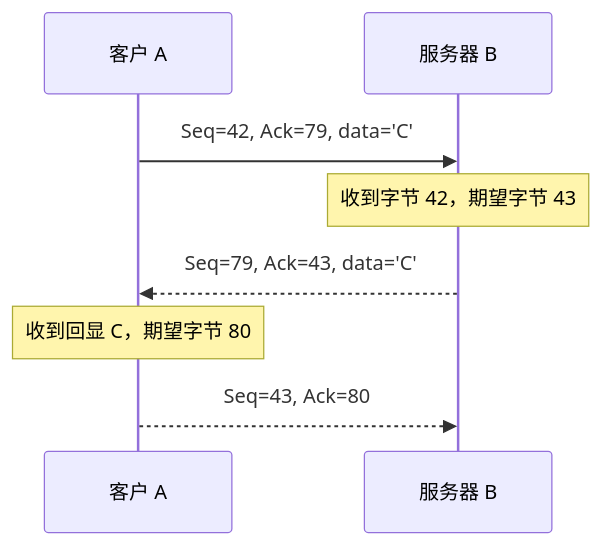
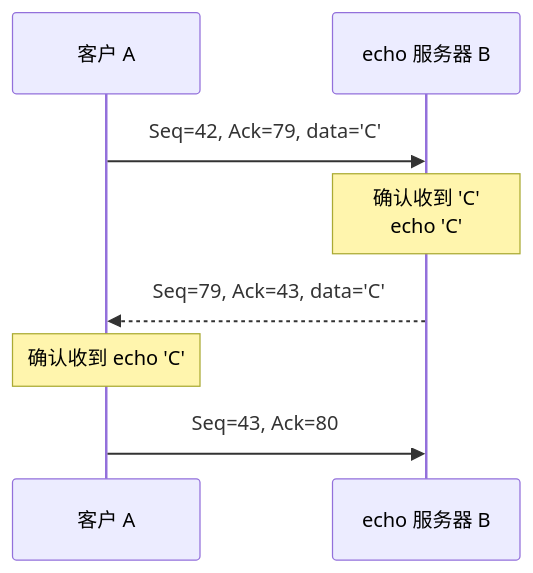
Diagram 17 of 26 in src/content/posts/运输层.md (Meer-Matze/Meer-Matze.github.io), drawn with Mermaid before and after one commit. The commit also changed other lines of this file, not shown here.

````diff
--- a/src/content/posts/运输层.md
+++ b/src/content/posts/运输层.md
@@ -703,10 +737,10 @@
 ```mermaid
 sequenceDiagram
     participant A as 客户 A
-    participant B as 服务器 B
+    participant B as echo 服务器 B
     A->>B: Seq=42, Ack=79, data='C'
-    Note over B: 收到字节 42，期望字节 43
+    Note over B: 确认收到 'C'<br>echo 'C'
     B-->>A: Seq=79, Ack=43, data='C'
-    Note over A: 收到回显 C，期望字节 80
-    A-->>B: Seq=43, Ack=80
+    Note over A: 确认收到 echo 'C'
+    A->>B: Seq=43, Ack=80
 ```
````
